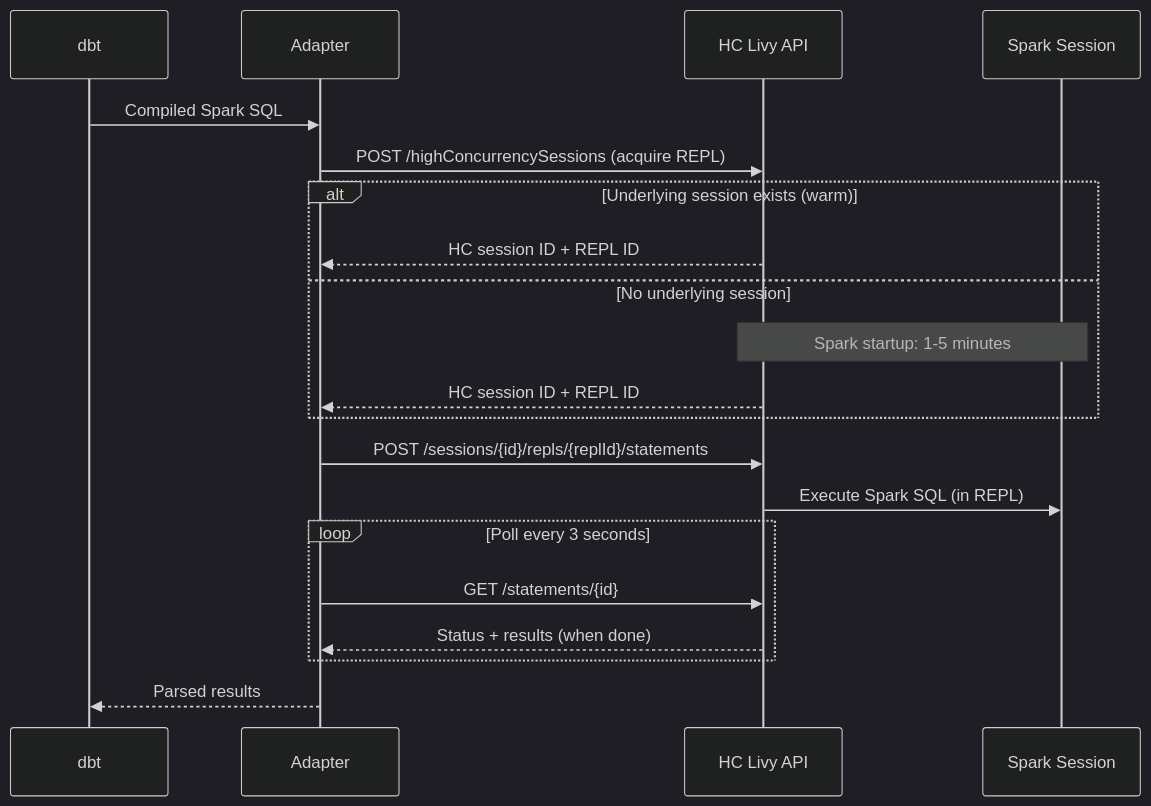
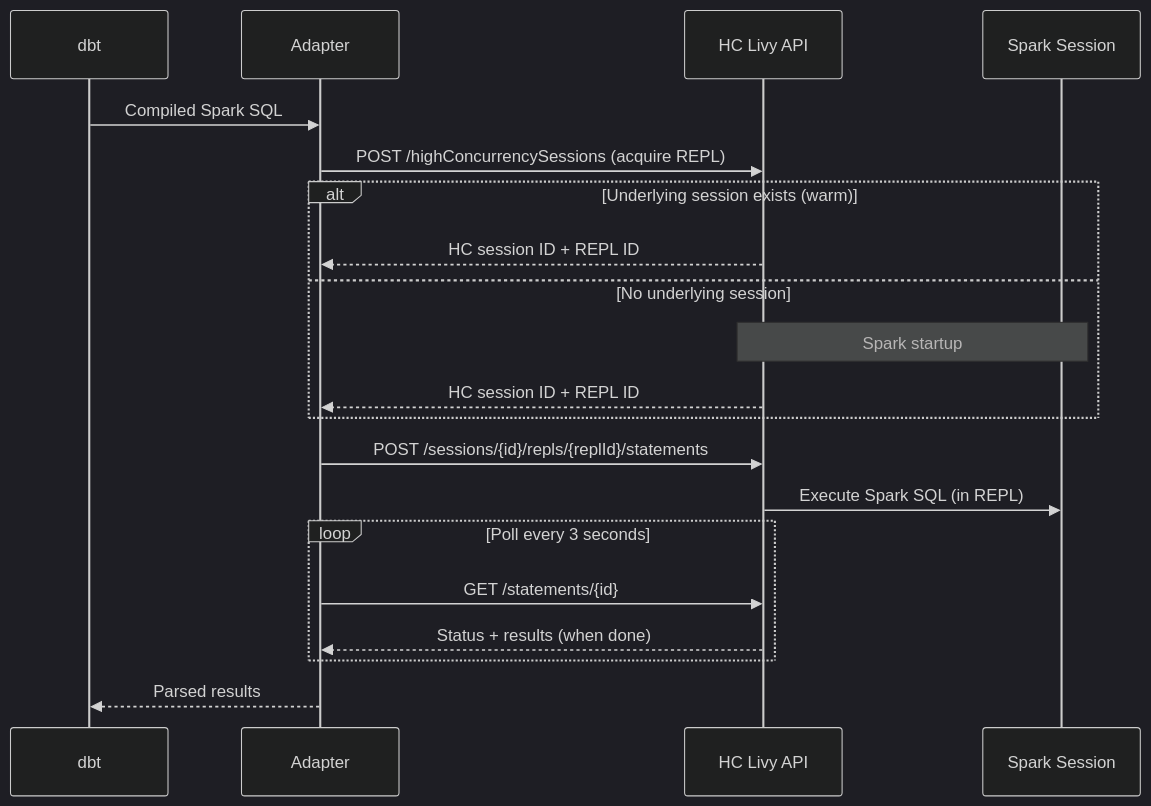
Before and after one commit to sdebruyn/dbt-fabric: the diagram in docs/lakehouse.md, drawn with Mermaid (dark theme). The commit also changed other lines of this file, not shown here.

First line of the commit message:
Remove specific Spark startup timing from lakehouse docs

````diff
--- a/docs/lakehouse.md
+++ b/docs/lakehouse.md
@@ -50,23 +50,23 @@
 ```mermaid
 sequenceDiagram
     participant dbt
     participant Adapter
     participant HC Livy API
     participant Spark Session
 
     dbt->>Adapter: Compiled Spark SQL
     Adapter->>HC Livy API: POST /highConcurrencySessions (acquire REPL)
     alt Underlying session exists (warm)
         HC Livy API-->>Adapter: HC session ID + REPL ID
     else No underlying session
-        Note over HC Livy API,Spark Session: Spark startup: 1-5 minutes
+        Note over HC Livy API,Spark Session: Spark startup
         HC Livy API-->>Adapter: HC session ID + REPL ID
     end
     Adapter->>HC Livy API: POST /sessions/{id}/repls/{replId}/statements
     HC Livy API->>Spark Session: Execute Spark SQL (in REPL)
     loop Poll every 3 seconds
         Adapter->>HC Livy API: GET /statements/{id}
         HC Livy API-->>Adapter: Status + results (when done)
     end
     Adapter-->>dbt: Parsed results
 ```
````
